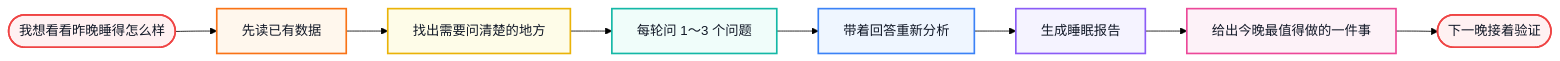
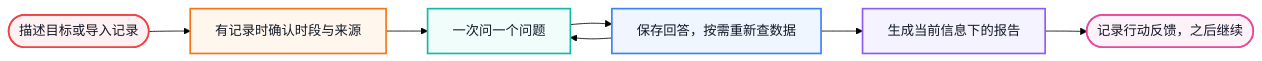
One commit to okht/sleepclaw changed the diagram in README.md. Above: the diagram before and after it, drawn with Mermaid (forest theme). The commit also changed other lines of this file and 77 other files, not shown here.

````diff
--- a/README.md
+++ b/README.md
@@ -65,19 +71,16 @@
 ```mermaid
 flowchart LR
-    A([我想看看昨晚睡得怎么样]) --> B[先读已有数据]
-    B --> C[找出需要问清楚的地方]
-    C --> D[每轮问 1～3 个问题]
-    D --> E[带着回答重新分析]
-    E --> F[生成睡眠报告]
-    F --> G[给出今晚最值得做的一件事]
-    G --> H([下一晚接着验证])
+    A([描述目标或导入记录]) --> B[有记录时确认时段与来源]
+    B --> C[一次问一个问题]
+    C --> D[保存回答，按需重新查数据]
+    D --> C
+    D --> E[生成当前信息下的报告]
+    E --> F([记录行动反馈，之后继续])
 
     style A fill:#fff1f2,stroke:#ef4444,stroke-width:2px,color:#111827
     style B fill:#fff7ed,stroke:#f97316,stroke-width:2px,color:#111827
-    style C fill:#fefce8,stroke:#eab308,stroke-width:2px,color:#111827
-    style D fill:#f0fdfa,stroke:#14b8a6,stroke-width:2px,color:#111827
-    style E fill:#eff6ff,stroke:#3b82f6,stroke-width:2px,color:#111827
-    style F fill:#f5f3ff,stroke:#8b5cf6,stroke-width:2px,color:#111827
-    style G fill:#fdf2f8,stroke:#ec4899,stroke-width:2px,color:#111827
-    style H fill:#fff1f2,stroke:#ef4444,stroke-width:2px,color:#111827
+    style C fill:#f0fdfa,stroke:#14b8a6,stroke-width:2px,color:#111827
+    style D fill:#eff6ff,stroke:#3b82f6,stroke-width:2px,color:#111827
+    style E fill:#f5f3ff,stroke:#8b5cf6,stroke-width:2px,color:#111827
+    style F fill:#fdf2f8,stroke:#ec4899,stroke-width:2px,color:#111827
 ```
````
